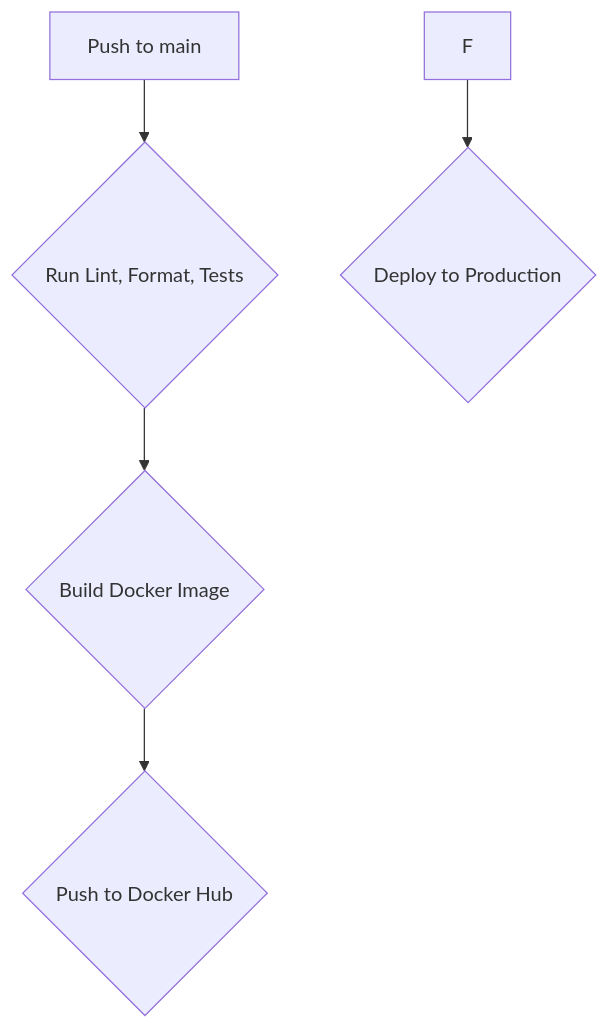
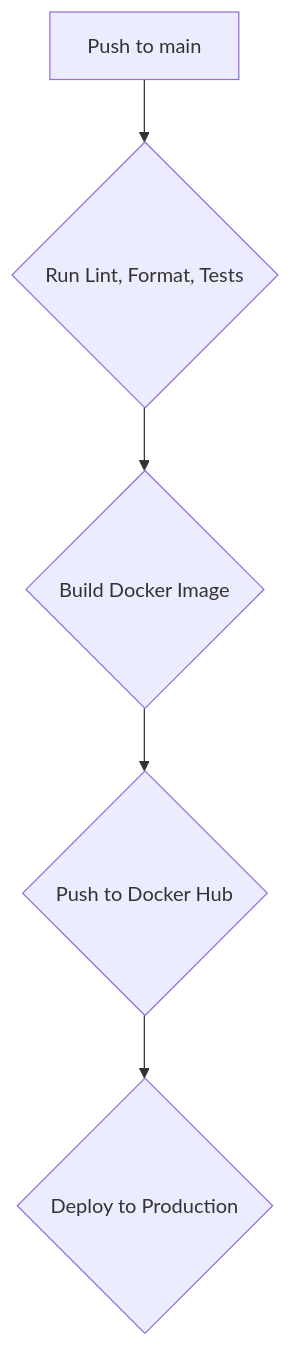
One commit to denibertovic/hellok8s-nextjs changed the diagram in README.md. Above: the diagram before and after it, drawn with Mermaid.

Commit message:
fix graph in readme

````diff
--- a/README.md
+++ b/README.md
@@ -401,7 +401,7 @@
 ```mermaid
 graph TD
     A[Push to main] --> B{Run Lint, Format, Tests};
     B --> C{Build Docker Image};
     C --> D{Push to Docker Hub};
-    F --> G{Deploy to Production};
+    D --> E{Deploy to Production};
 ```
````
